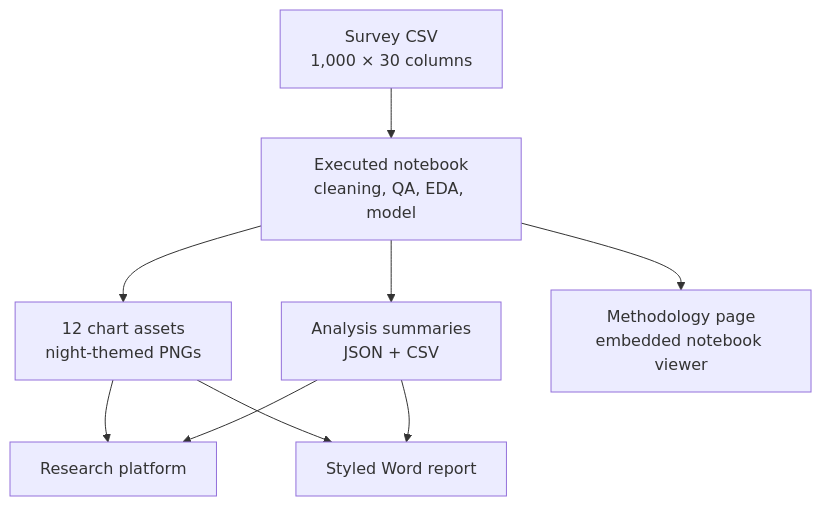
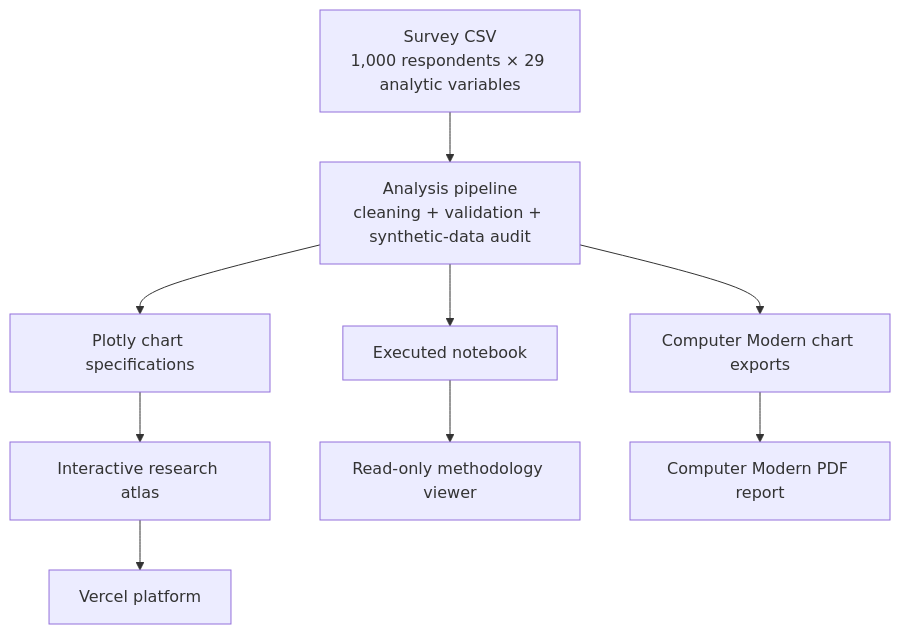
One commit to SaiGrover/night-signals-doomscrolling-analysis changed the second of 2 diagrams in README.md. Above: the diagram before and after it, drawn with Mermaid. The commit also changed other lines of this file and 40 other files, not shown here.

Commit message:
Add cinematic landing and interactive Plotly atlas

````diff
--- a/README.md
+++ b/README.md
@@ -78,11 +66,11 @@
 ```mermaid
 flowchart TD
-    DATA["Survey CSV\n1,000 × 30 columns"] --> NB["Executed notebook\ncleaning, QA, EDA, model"]
-    NB --> ASSETS["12 chart assets\nnight-themed PNGs"]
-    NB --> SUMMARY["Analysis summaries\nJSON + CSV"]
-    ASSETS --> WEB["Research platform"]
-    SUMMARY --> WEB
-    NB --> METHOD["Methodology page\nembedded notebook viewer"]
-    ASSETS --> REPORT["Styled Word report"]
-    SUMMARY --> REPORT
+    DATA["Survey CSV\n1,000 respondents × 29 analytic variables"] --> PIPE["Analysis pipeline\ncleaning + validation + synthetic-data audit"]
+    PIPE --> NB["Executed notebook"]
+    PIPE --> JSON["Plotly chart specifications"]
+    PIPE --> PNG["Computer Modern chart exports"]
+    JSON --> WEB["Interactive research atlas"]
+    NB --> METHOD["Read-only methodology viewer"]
+    PNG --> PDF["Computer Modern PDF report"]
+    WEB --> VERCEL["Vercel platform"]
 ```
````
